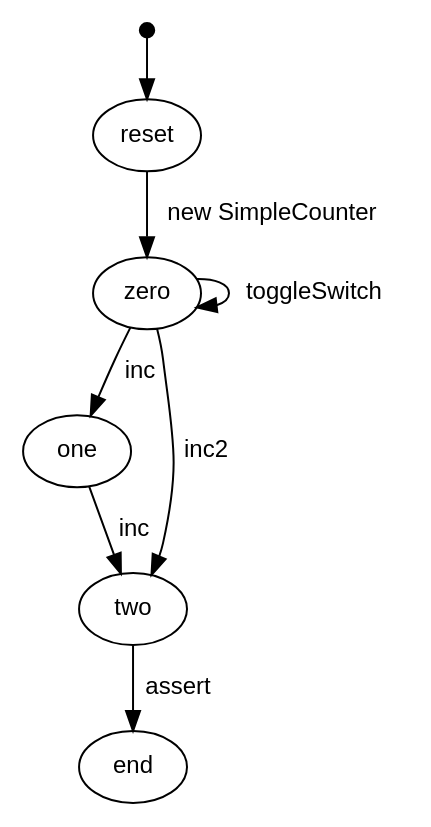
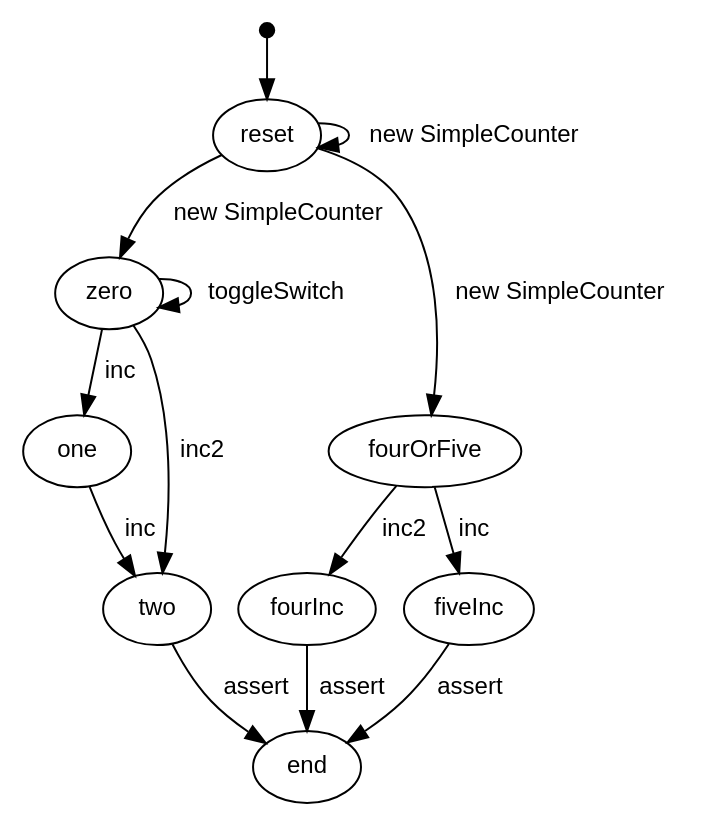
The diagram in modbat.examples.SimpleModelE_graph.dot (nour95/modbat), drawn with Graphviz before and after one commit. The commit also changed 8 other files, not shown here.

```diff
--- a/modbat.examples.SimpleModelE_graph.dot
+++ b/modbat.examples.SimpleModelE_graph.dot
@@ -1,13 +1,19 @@
 digraph model {
   graph [ rankdir = "TB", ranksep="0.4", nodesep="0.2" ];
   node [ fontname = "Helvetica", fontsize="12.0", margin="0.07" ];
   edge [ fontname = "Helvetica", fontsize="12.0", margin="0.05" ];
   "" [ shape = "point", height="0.1" ];
   "" -> reset
   one	-> two [ label = " inc " ];
+  reset	-> reset [ label = " new SimpleCounter " ];
   reset	-> zero [ label = " new SimpleCounter " ];
+  reset	-> fourOrFive [ label = " new SimpleCounter " ];
   two	-> end [ label = " assert " ];
+  fourInc	-> end [ label = " assert " ];
+  fiveInc	-> end [ label = " assert " ];
   zero	-> zero [ label = " toggleSwitch " ];
   zero	-> one [ label = " inc " ];
   zero	-> two [ label = " inc2 " ];
+  fourOrFive	-> fourInc [ label = " inc2 " ];
+  fourOrFive	-> fiveInc [ label = " inc " ];
 }
```
